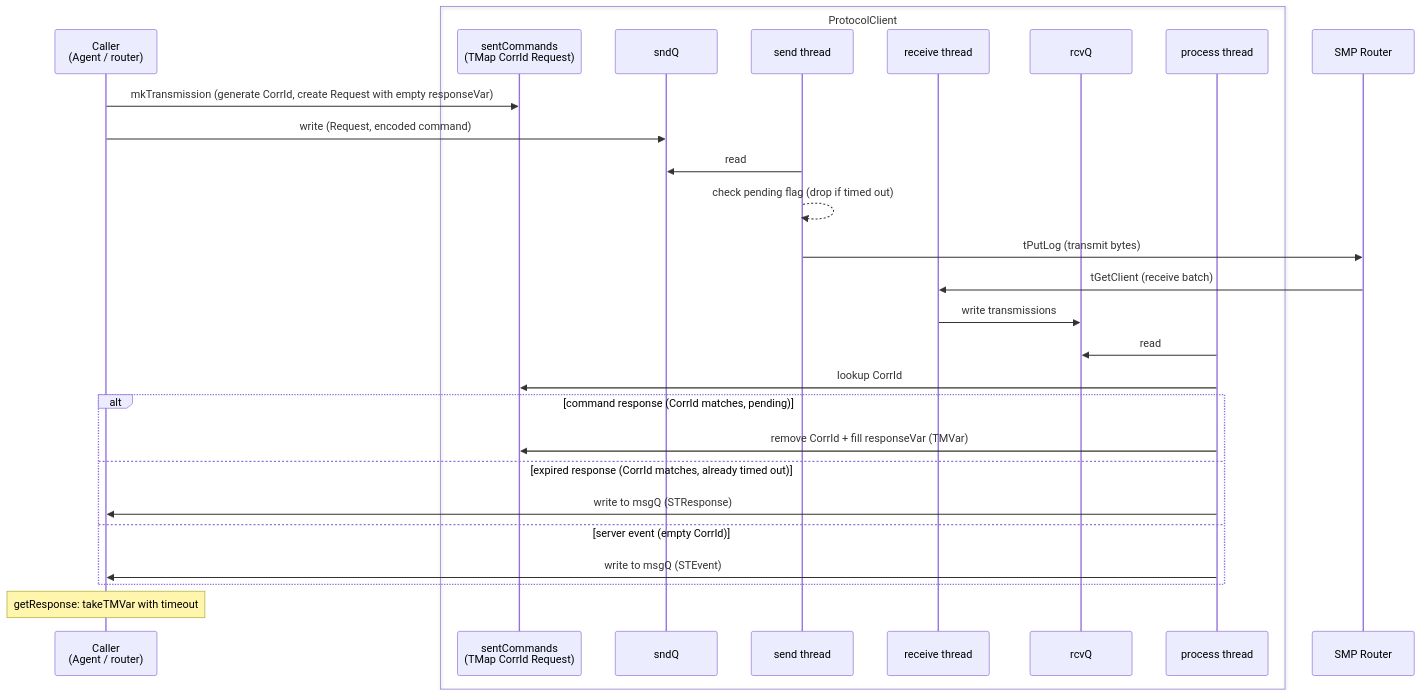
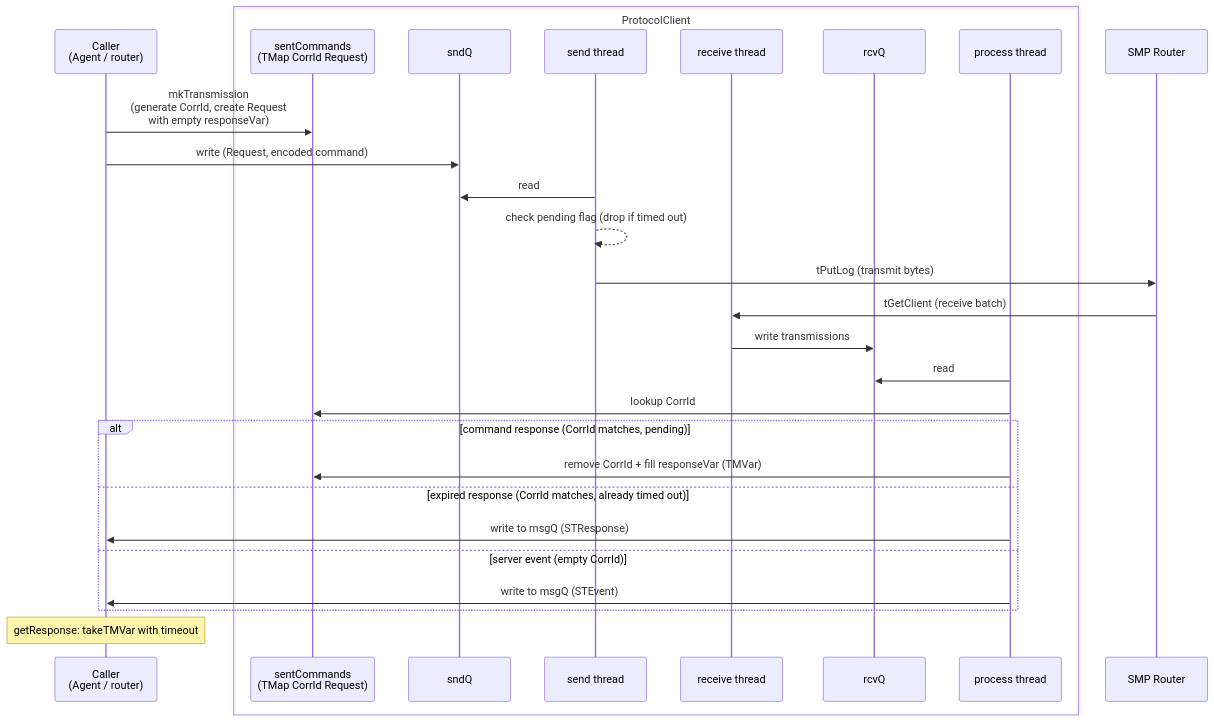
The first of 3 diagrams in spec/clients.md (simplex-chat/simplexmq), drawn with Mermaid before and after one commit. The commit also changed other lines of this file and 10 other files, not shown here.

````diff
--- a/spec/clients.md
+++ b/spec/clients.md
@@ -21,36 +21,36 @@
 ```mermaid
 sequenceDiagram
     participant C as Caller<br>(Agent / router)
 
     box ProtocolClient
         participant SC as sentCommands<br>(TMap CorrId Request)
         participant SQ as sndQ
         participant S as send thread
         participant R as receive thread
         participant RQ as rcvQ
         participant P as process thread
     end
 
     participant Router as SMP Router
 
-    C->>SC: mkTransmission (generate CorrId, create Request with empty responseVar)
+    C->>SC: mkTransmission<br/>(generate CorrId, create Request<br/>with empty responseVar)
     C->>SQ: write (Request, encoded command)
     S->>SQ: read
     S-->>S: check pending flag (drop if timed out)
     S->>Router: tPutLog (transmit bytes)
 
     Router->>R: tGetClient (receive batch)
     R->>RQ: write transmissions
 
     P->>RQ: read
     P->>SC: lookup CorrId
     alt command response (CorrId matches, pending)
         P->>SC: remove CorrId + fill responseVar (TMVar)
     else expired response (CorrId matches, already timed out)
         P->>C: write to msgQ (STResponse)
     else server event (empty CorrId)
         P->>C: write to msgQ (STEvent)
     end
 
     Note over C: getResponse: takeTMVar with timeout
 ```
````
